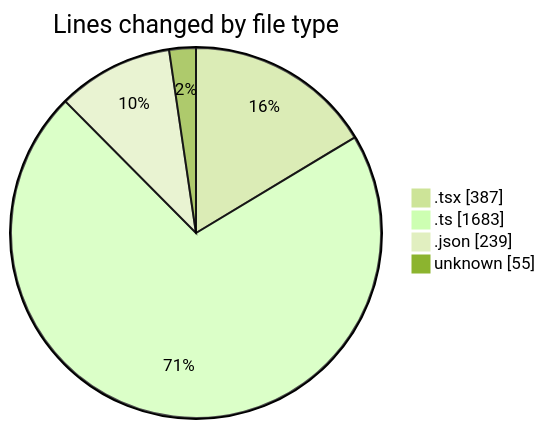
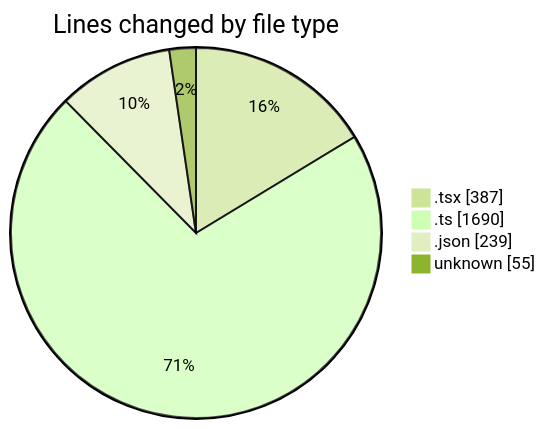
One commit to momahboobian/code-tracking changed the first of 2 diagrams in 2025-10-21/cda/README.md. Above: the diagram before and after it, drawn with Mermaid (forest theme). The commit also changed other lines of this file and 1 other file, not shown here.

````diff
--- a/2025-10-21/cda/README.md
+++ b/2025-10-21/cda/README.md
@@ -32,8 +32,8 @@
 ```mermaid
 pie showData
 title Lines changed by file type
 ".tsx" : 387
-".ts" : 1683
+".ts" : 1690
 ".json" : 239
 "unknown" : 55
 ```
````
